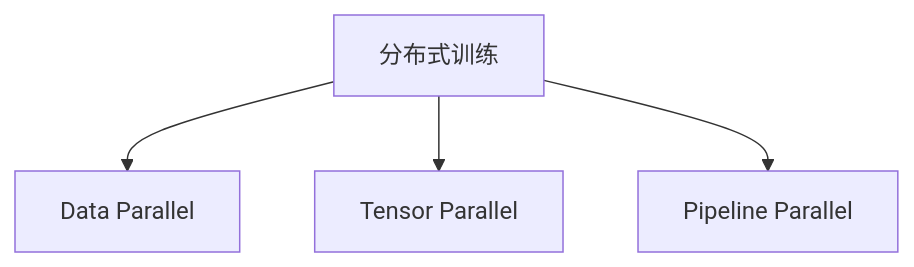
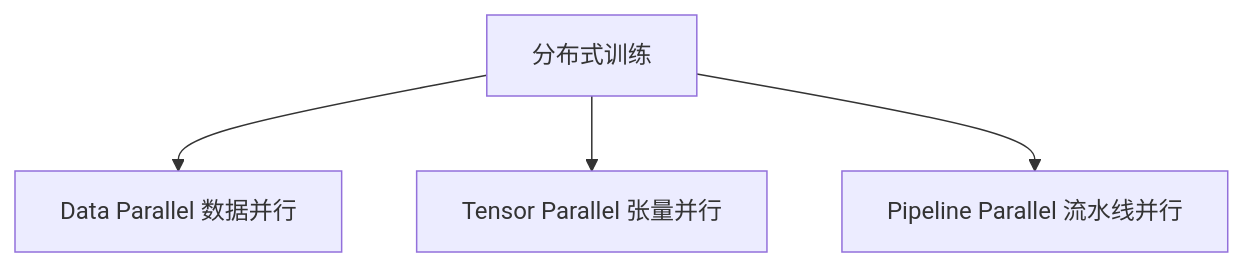
Before and after one commit to AI-learning-simple/Build-Your-Own-LLM: the first of 2 diagrams in 2. Alignment 与训练工程/7. LLM Training Stack——现代大模型训练工程.md, drawn with Mermaid. The commit also changed other lines of this file and 41 other files, not shown here.

````diff
--- a/2. Alignment 与训练工程/7. LLM Training Stack——现代大模型训练工程.md
+++ b/2. Alignment 与训练工程/7. LLM Training Stack——现代大模型训练工程.md
@@ -21,6 +35,6 @@
 ```mermaid
 flowchart TD
-    A[分布式训练] --> B[Data Parallel]
-    A --> C[Tensor Parallel]
-    A --> D[Pipeline Parallel]
+    A[分布式训练] --> B[Data Parallel 数据并行]
+    A --> C[Tensor Parallel 张量并行]
+    A --> D[Pipeline Parallel 流水线并行]
 ```
````
